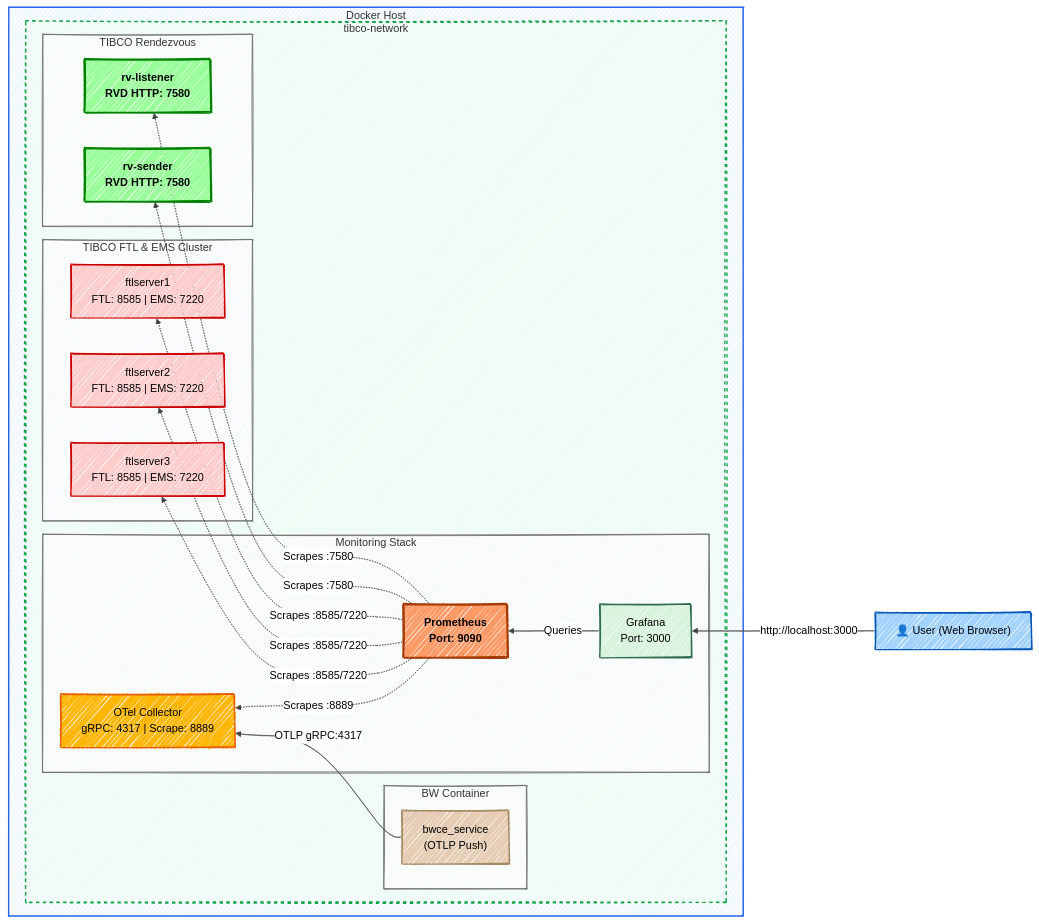
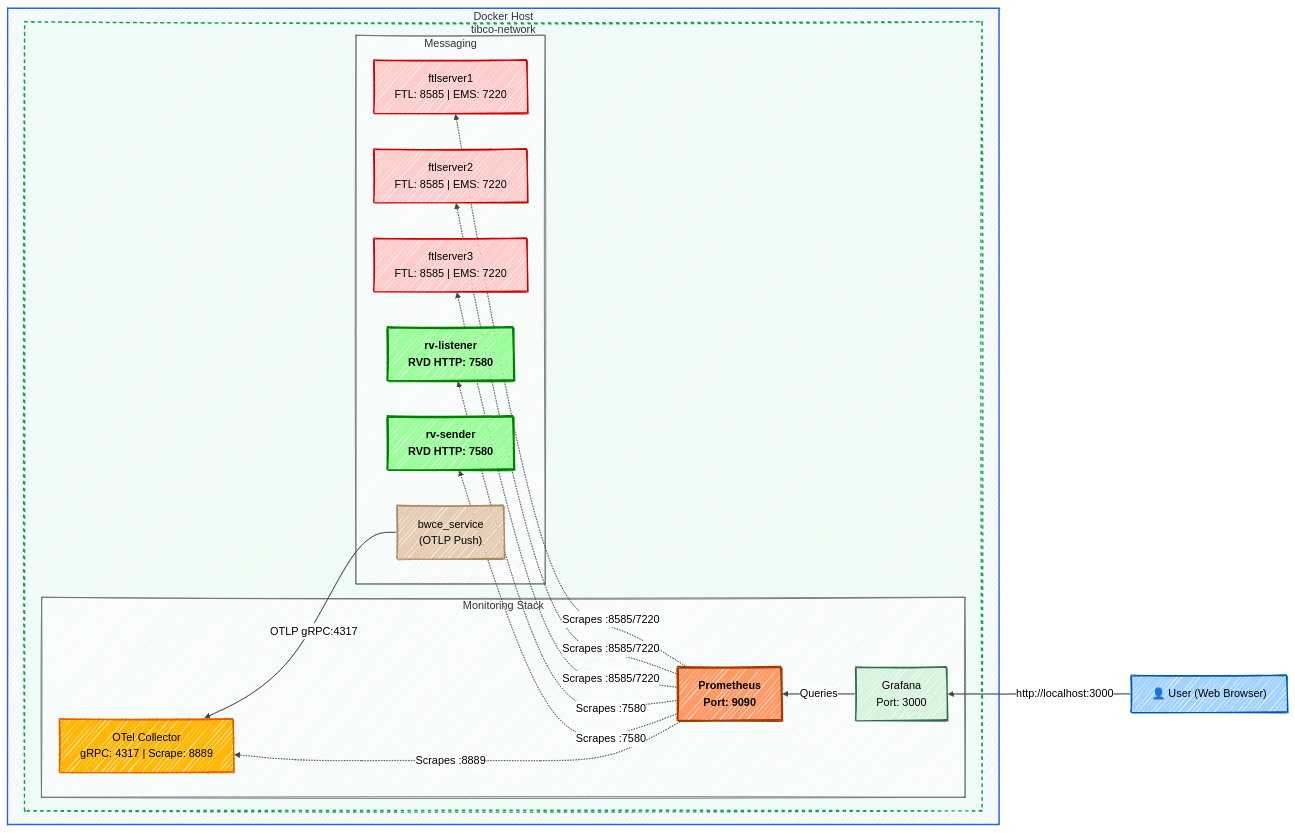
One commit to toininoi/license-demo changed the diagram in README.md. Above: the diagram before and after it, drawn with Mermaid.

````diff
--- a/README.md
+++ b/README.md
@@ -16,76 +16,78 @@
 ```mermaid
 %%{init: {
   'theme': 'base', 
   'look': 'handDrawn', 
   'themeVariables': { 
     'fontFamily': 'Comic Sans MS, cursive',
     'primaryColor': '#ffffff',
     'mainBkg': '#ffffff',
     'lineColor': '#444444'
   }
 }}%%
 
 %%{init: {'theme': 'neutral'}}%%
 graph RL
     User["👤 User (Web Browser)"]
 
     subgraph DockerHost[Docker Host]
         subgraph DockerNetwork[tibco-network]
             
             %% Monitoring Stack
             subgraph Monitoring[Monitoring Stack]
+
                 Grafana["Grafana<br/>Port: 3000"]
                 Prometheus["Prometheus<br/>Port: 9090"]
                 OTEL["OTel Collector<br/>gRPC: 4317 | Scrape: 8889"]
             end
 
             %% BWCE
-            subgraph BW Container[ BW Container]
-                BWCE["bwce_service<br/>(OTLP Push)"]
-            end
+            
 
-            %% TIBCO FTL / EMS Cluster
-            subgraph TibcoCluster[TIBCO FTL & EMS Cluster]
+            %% Messaging
+            subgraph TibcoCluster[Messaging]
                 FTL1["ftlserver1<br/>FTL: 8585 | EMS: 7220"]
                 FTL2["ftlserver2<br/>FTL: 8585 | EMS: 7220"]
                 FTL3["ftlserver3<br/>FTL: 8585 | EMS: 7220"]
+                RVL["rv-listener<br/>RVD HTTP: 7580"]
+                RVS["rv-sender<br/>RVD HTTP: 7580"]
+                BWCE["bwce_service<br/>(OTLP Push)"]
+                          
             end
 
-            %% TIBCO Rendezvous
-            subgraph TibcoRV[TIBCO Rendezvous]
-                RVL["rv-listener<br/>RVD HTTP: 7580"]
-                RVS["rv-sender<br/>RVD HTTP: 7580"]
-            end
+           
             
         end
     end
+
+
+    %% Push Flow
+    BWCE -->|OTLP gRPC:4317| OTEL
 
     %% Connections
     User -->|http://localhost:3000| Grafana
     Grafana -->|Queries| Prometheus
     
-    %% Push Flow
-    BWCE -->|OTLP gRPC:4317| OTEL
+
     
     %% Pull/Scrape Flow
     Prometheus -.->|Scrapes :8889| OTEL
     Prometheus -.->|Scrapes :8585/7220| FTL1
     Prometheus -.->|Scrapes :8585/7220| FTL2
     Prometheus -.->|Scrapes :8585/7220| FTL3
     Prometheus -.->|Scrapes :7580| RVL
     Prometheus -.->|Scrapes :7580| RVS
 
     %% Styling
     style DockerHost fill:#f0f8ff,stroke:#2563eb,stroke-width:2px
     style DockerNetwork fill:#f0fdf4,stroke:#16a34a,stroke-width:2px,stroke-dasharray: 5 5
     style User fill:#a2d2ff,stroke:#0056b3,stroke-width:2px,rx:10,ry:10,color:#000
     style Grafana fill:#d8f3dc,stroke:#2d6a4f,stroke-width:2px,rx:10,ry:10,color:#000
     style Prometheus fill:#f96,stroke:#a33b00,stroke-width:3px,color:#000,font-weight:bold
     style OTEL fill:#ffb703,stroke:#e85d04,stroke-width:2px,rx:10,ry:10,color:#000
     style BWCE fill:#e6ccb2,stroke:#a68a64,stroke-width:2px,rx:10,ry:10,color:#000
     style FTL1 fill:#ffcccc,stroke:#cc0000,stroke-width:2px,rx:10,ry:10,color:#000
     style FTL2 fill:#ffcccc,stroke:#cc0000,stroke-width:2px,rx:10,ry:10,color:#000
     style FTL3 fill:#ffcccc,stroke:#cc0000,stroke-width:2px,rx:10,ry:10,color:#000
     style RVL fill:#9f9,stroke:#008000,stroke-width:3px,color:#000,font-weight:bold
     style RVS fill:#9f9,stroke:#008000,stroke-width:3px,color:#000,font-weight:bold   
 ```
````
